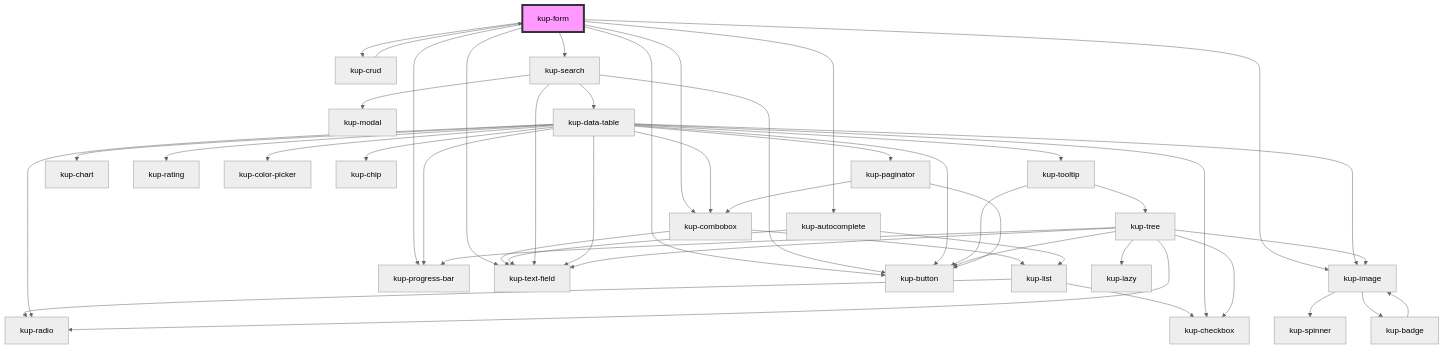
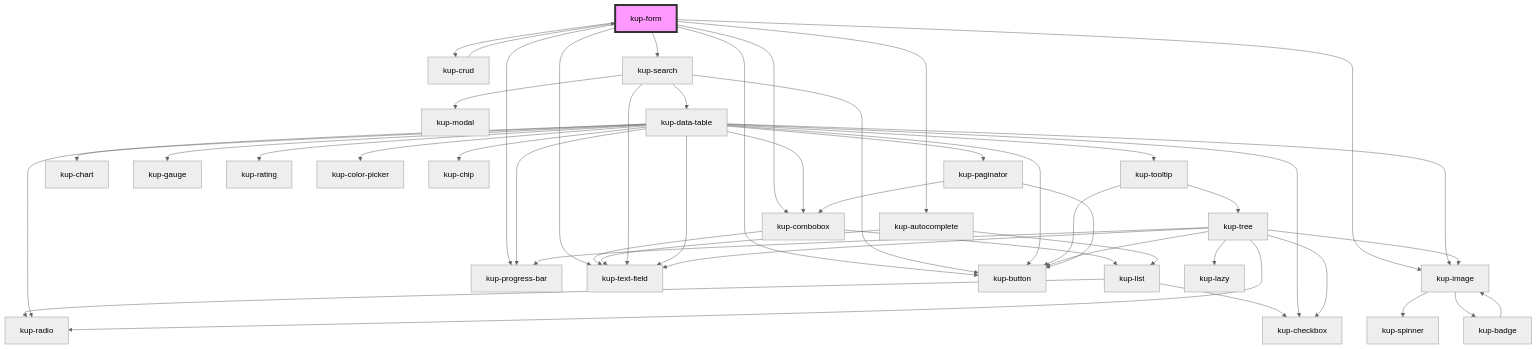
The diagram in packages/ketchup/src/components/kup-form/readme.md (smeup/ketchup), drawn with Mermaid (neutral theme) before and after one commit. The commit also changed 11 other files, not shown here.

````diff
--- a/packages/ketchup/src/components/kup-form/readme.md
+++ b/packages/ketchup/src/components/kup-form/readme.md
@@ -131,50 +131,51 @@
 ```mermaid
 graph TD;
   kup-form --> kup-combobox
   kup-form --> kup-crud
   kup-form --> kup-autocomplete
   kup-form --> kup-search
   kup-form --> kup-image
   kup-form --> kup-progress-bar
   kup-form --> kup-text-field
   kup-form --> kup-button
   kup-combobox --> kup-text-field
   kup-combobox --> kup-list
   kup-list --> kup-radio
   kup-list --> kup-checkbox
   kup-crud --> kup-form
   kup-autocomplete --> kup-text-field
   kup-autocomplete --> kup-list
   kup-search --> kup-text-field
   kup-search --> kup-button
   kup-search --> kup-modal
   kup-search --> kup-data-table
   kup-data-table --> kup-checkbox
   kup-data-table --> kup-button
   kup-data-table --> kup-text-field
   kup-data-table --> kup-tooltip
   kup-data-table --> kup-image
   kup-data-table --> kup-chart
   kup-data-table --> kup-progress-bar
+  kup-data-table --> kup-gauge
   kup-data-table --> kup-rating
   kup-data-table --> kup-color-picker
   kup-data-table --> kup-chip
   kup-data-table --> kup-radio
   kup-data-table --> kup-paginator
   kup-data-table --> kup-combobox
   kup-tooltip --> kup-button
   kup-tooltip --> kup-tree
   kup-tree --> kup-lazy
   kup-tree --> kup-button
   kup-tree --> kup-checkbox
   kup-tree --> kup-image
   kup-tree --> kup-progress-bar
   kup-tree --> kup-radio
   kup-tree --> kup-text-field
   kup-image --> kup-spinner
   kup-image --> kup-badge
   kup-badge --> kup-image
   kup-paginator --> kup-button
   kup-paginator --> kup-combobox
   style kup-form fill:#f9f,stroke:#333,stroke-width:4px
 ```
````
